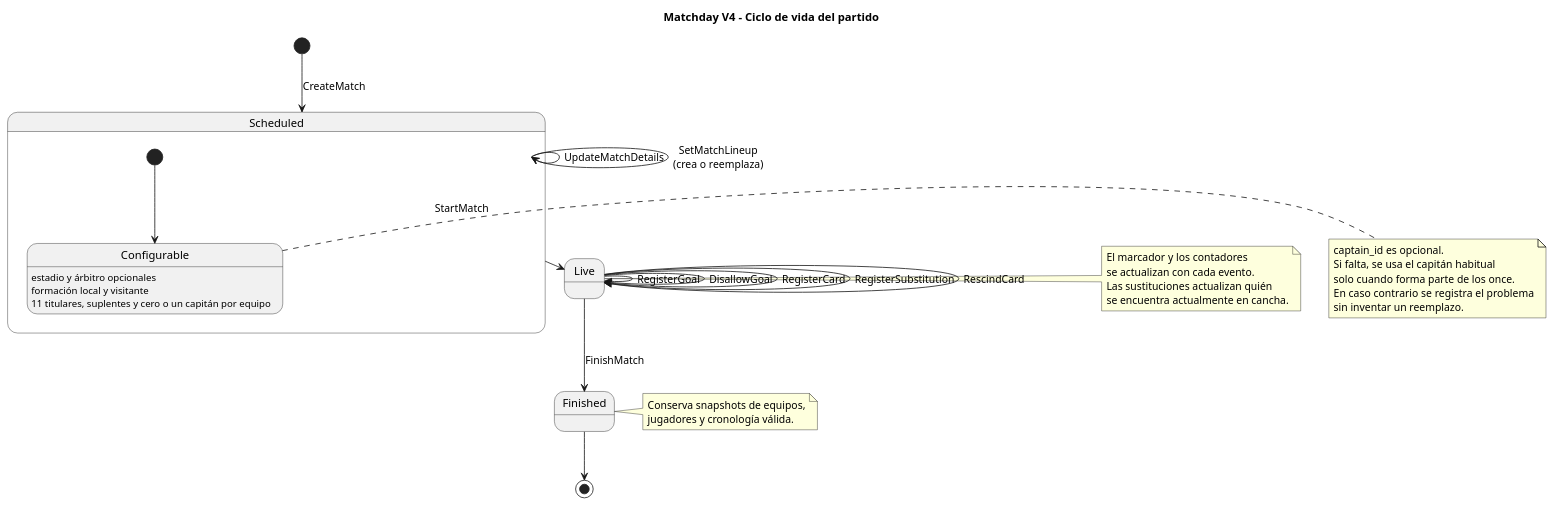
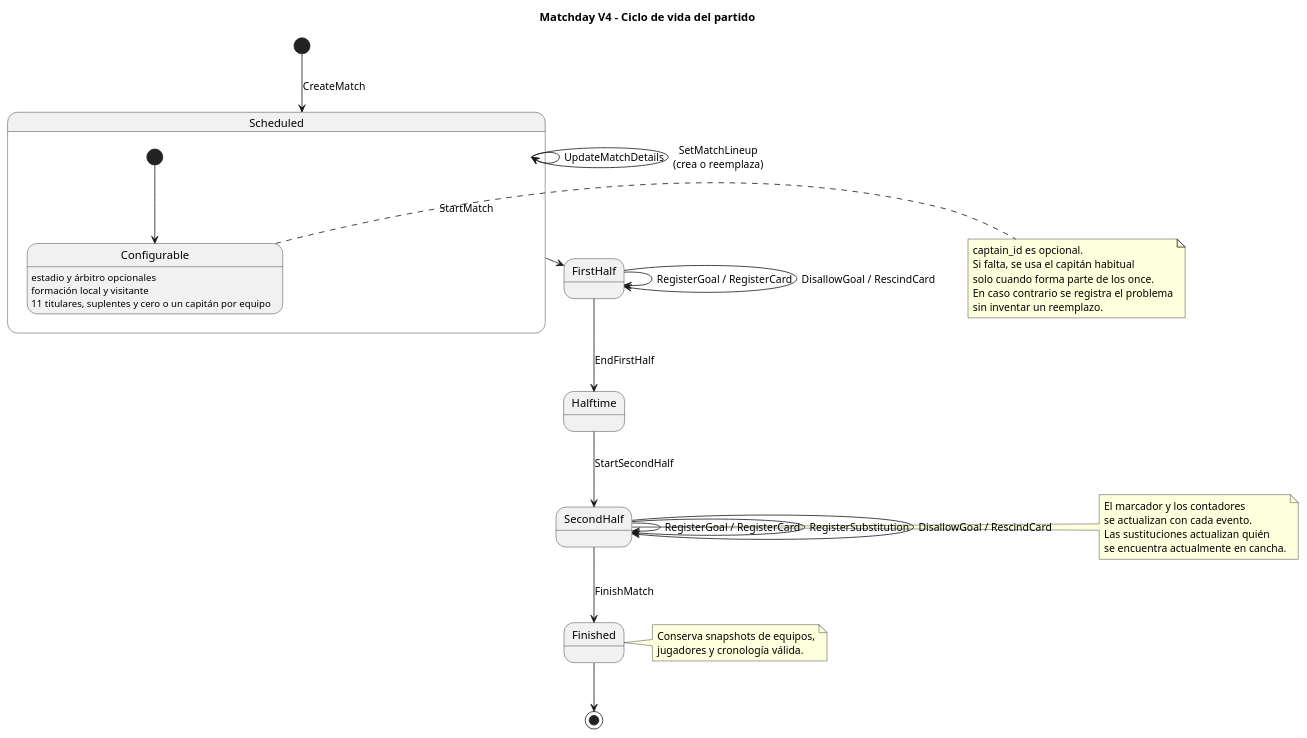
The diagram in docs/diagrams/match-lifecycle.puml (JaredDet/Match-Day), drawn with PlantUML before and after one commit. The commit also changed 41 other files, not shown here.

```diff
--- a/docs/diagrams/match-lifecycle.puml
+++ b/docs/diagrams/match-lifecycle.puml
@@ -1,42 +1,44 @@
 @startuml Match Lifecycle
 title Matchday V4 - Ciclo de vida del partido
 
 [*] --> Scheduled : CreateMatch
 Scheduled --> Scheduled : UpdateMatchDetails
 Scheduled --> Scheduled : SetMatchLineup\n(crea o reemplaza)
-Scheduled --> Live : StartMatch
-Live --> Live : RegisterGoal
-Live --> Live : DisallowGoal
-Live --> Live : RegisterCard
-Live --> Live : RegisterSubstitution
-Live --> Live : RescindCard
-Live --> Finished : FinishMatch
+Scheduled --> FirstHalf : StartMatch
+FirstHalf --> FirstHalf : RegisterGoal / RegisterCard
+FirstHalf --> FirstHalf : DisallowGoal / RescindCard
+FirstHalf --> Halftime : EndFirstHalf
+Halftime --> SecondHalf : StartSecondHalf
+SecondHalf --> SecondHalf : RegisterGoal / RegisterCard
+SecondHalf --> SecondHalf : RegisterSubstitution
+SecondHalf --> SecondHalf : DisallowGoal / RescindCard
+SecondHalf --> Finished : FinishMatch
 Finished --> [*]
 
 state Scheduled {
   [*] --> Configurable
   Configurable : estadio y árbitro opcionales
   Configurable : formación local y visitante
   Configurable : 11 titulares, suplentes y cero o un capitán por equipo
 }
 
 note right of Configurable
   captain_id es opcional.
   Si falta, se usa el capitán habitual
   solo cuando forma parte de los once.
   En caso contrario se registra el problema
   sin inventar un reemplazo.
 end note
 
-note right of Live
+note right of SecondHalf
   El marcador y los contadores
   se actualizan con cada evento.
   Las sustituciones actualizan quién
   se encuentra actualmente en cancha.
 end note
 
 note right of Finished
   Conserva snapshots de equipos,
   jugadores y cronología válida.
 end note
 @enduml
```
